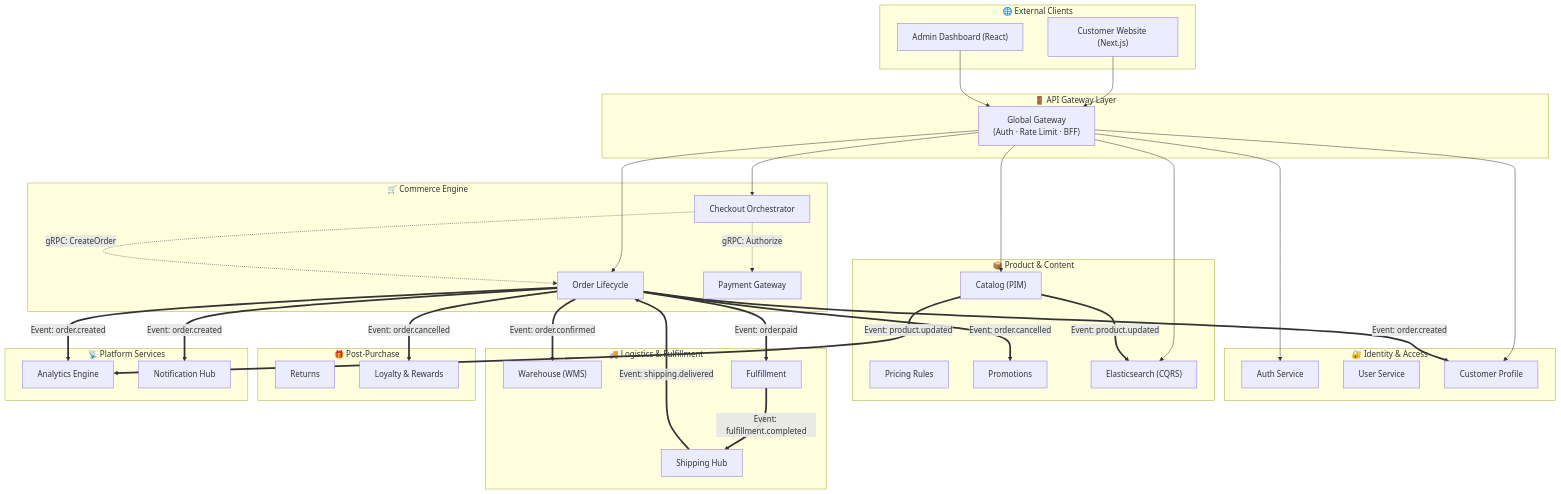
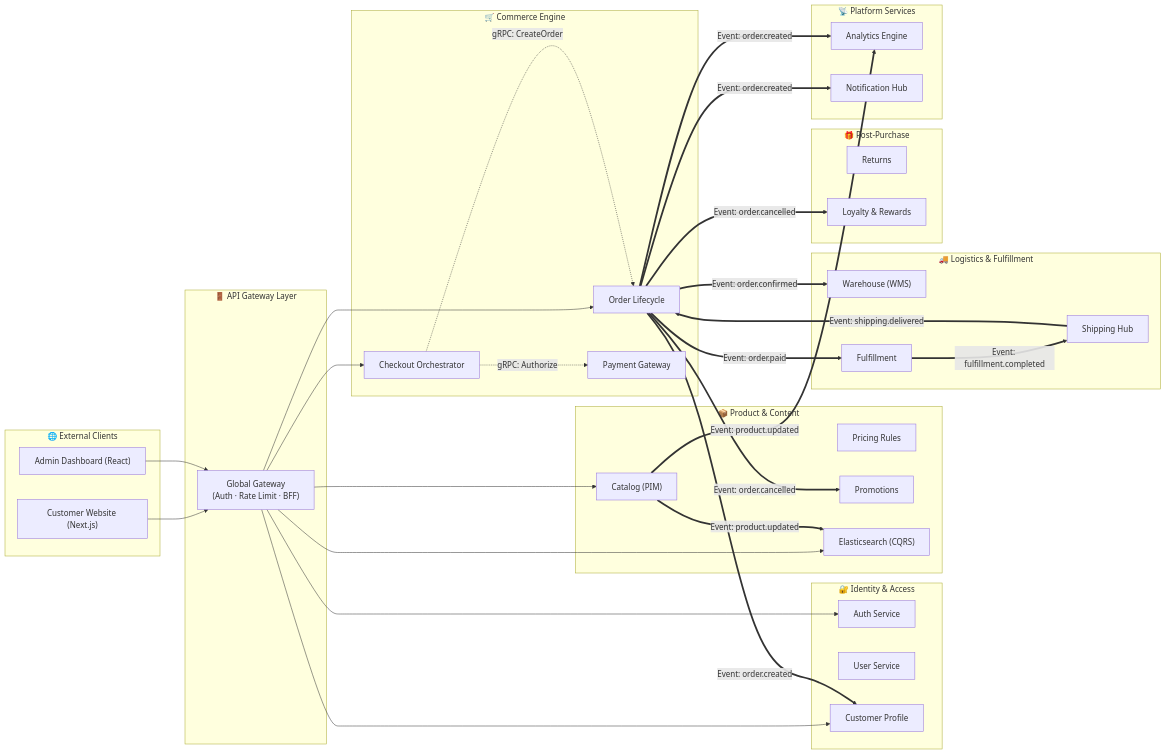
The diagram in content/posts/blueprint-ecommerce-microservices-architecture-diagram.md (vesviet/vesviet), drawn with Mermaid before and after one commit. The commit also changed 1 other file, not shown here.

Commit message:
style: optimize mermaid rendering for readability with horizontal mapping and overflow

````diff
--- a/content/posts/blueprint-ecommerce-microservices-architecture-diagram.md
+++ b/content/posts/blueprint-ecommerce-microservices-architecture-diagram.md
@@ -19,61 +19,61 @@
 ```mermaid
-graph TD
+flowchart LR
     subgraph "🌐 External Clients"
         FE["Customer Website (Next.js)"]
         ADMIN["Admin Dashboard (React)"]
     end
 
     subgraph "🚪 API Gateway Layer"
         GW["Global Gateway \n (Auth · Rate Limit · BFF)"]
     end
 
     subgraph "🔐 Identity & Access"
         AUTH["Auth Service"]
         USR["User Service"]
         CUST["Customer Profile"]
     end
 
     subgraph "📦 Product & Content"
         CAT["Catalog (PIM)"]
         PRC["Pricing Rules"]
         PROMO["Promotions"]
         SEARCH["Elasticsearch (CQRS)"]
     end
 
     subgraph "🛒 Commerce Engine"
         CK["Checkout Orchestrator"]
         ORD["Order Lifecycle"]
         PAY["Payment Gateway"]
     end
 
     subgraph "🚚 Logistics & Fulfillment"
         WH["Warehouse (WMS)"]
         FF["Fulfillment"]
         SH["Shipping Hub"]
     end
 
     subgraph "🎁 Post-Purchase"
         RET["Returns"]
         LR["Loyalty & Rewards"]
     end
 
     subgraph "📡 Platform Services"
         AN["Analytics Engine"]
         NOTIF["Notification Hub"]
     end
 
     %% Traffic Flow Paths
     FE & ADMIN --> GW
     GW --> AUTH & CUST & CAT & SEARCH & CK & ORD
 
     %% Internal Communication & Events
     CK -.->|"gRPC: CreateOrder"| ORD
     CK -.->|"gRPC: Authorize"| PAY
     ORD == "Event: order.confirmed" ==> WH
     ORD == "Event: order.paid" ==> FF
     FF == "Event: fulfillment.completed" ==> SH
     SH == "Event: shipping.delivered" ==> ORD
     ORD == "Event: order.cancelled" ==> LR & PROMO
     CAT == "Event: product.updated" ==> SEARCH & AN
     ORD == "Event: order.created" ==> AN & CUST & NOTIF
 ```
````
